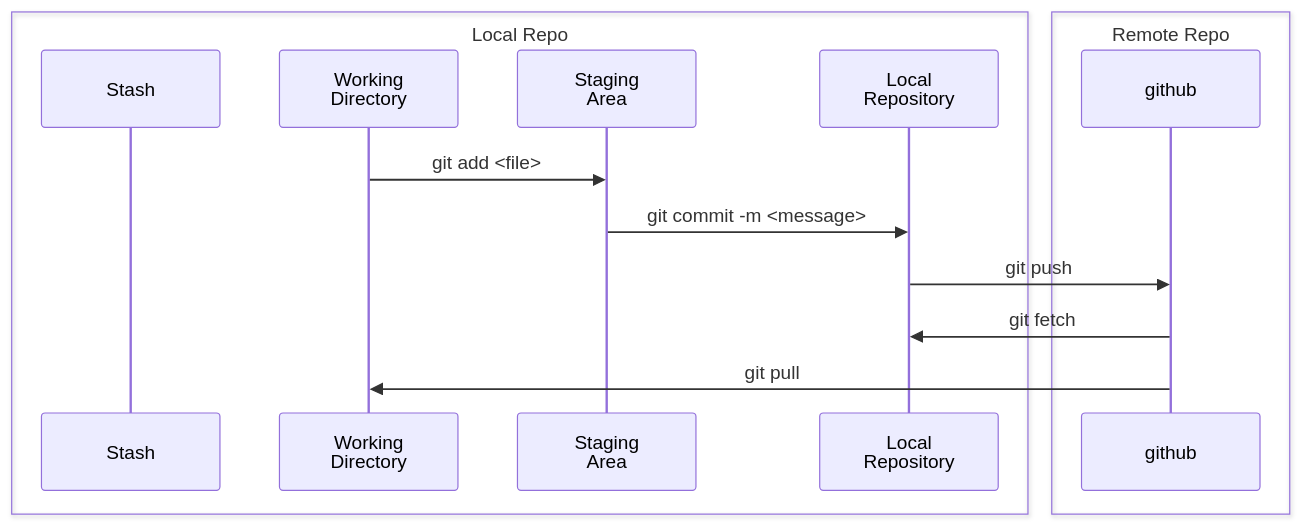
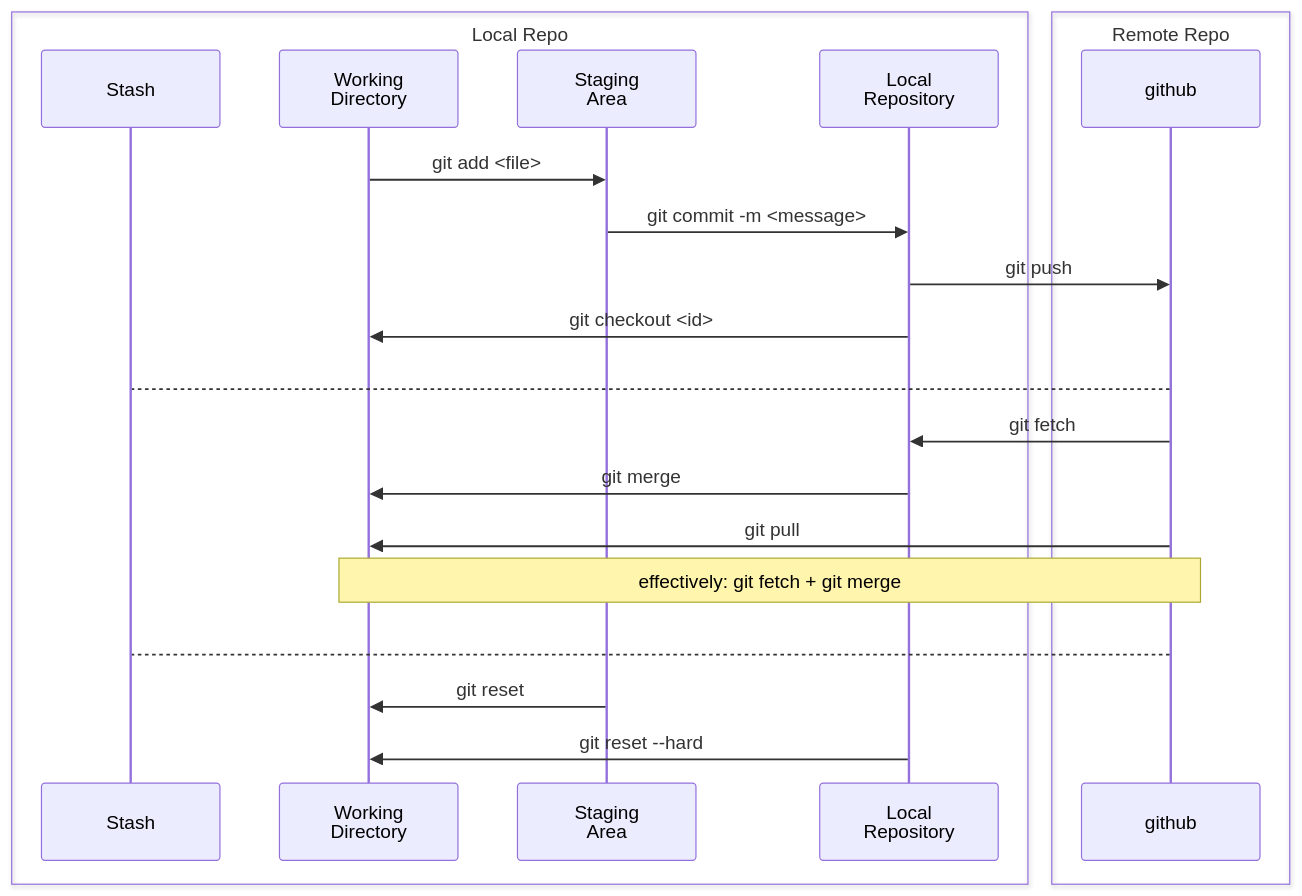
Before and after one commit to gibarian/tech-blog: the diagram in docs/topics/git.md, drawn with Mermaid.

Commit message:
git diagram

````diff
--- a/docs/topics/git.md
+++ b/docs/topics/git.md
@@ -9,21 +9,30 @@
 ```mermaid
 	sequenceDiagram
 	
 	box Local Repo
     participant stash as Stash
 	participant work as Working<br/>Directory
 	participant stage as Staging<br/>Area
 	participant repo as Local<br/>Repository
 	end
 
 	box Remote Repo
 	participant remote as github
 	end
 
 	work ->> stage: git add <file>
 	stage ->> repo: git commit -m <message>
 	repo ->> remote: git push
+	repo ->> work: git checkout <id>
+	
+	remote --> stash: #160;
+	remote ->> repo: git fetch
+	repo ->> work: git merge
+	remote ->> work: git pull
+	Note over remote,work: effectively: git fetch + git merge
 
-	remote ->> repo: git fetch
-	remote ->> work: git pull
+	
+	remote --> stash: #160;
+	stage ->> work: git reset
+	repo ->> work: git reset --hard
 ```
````
